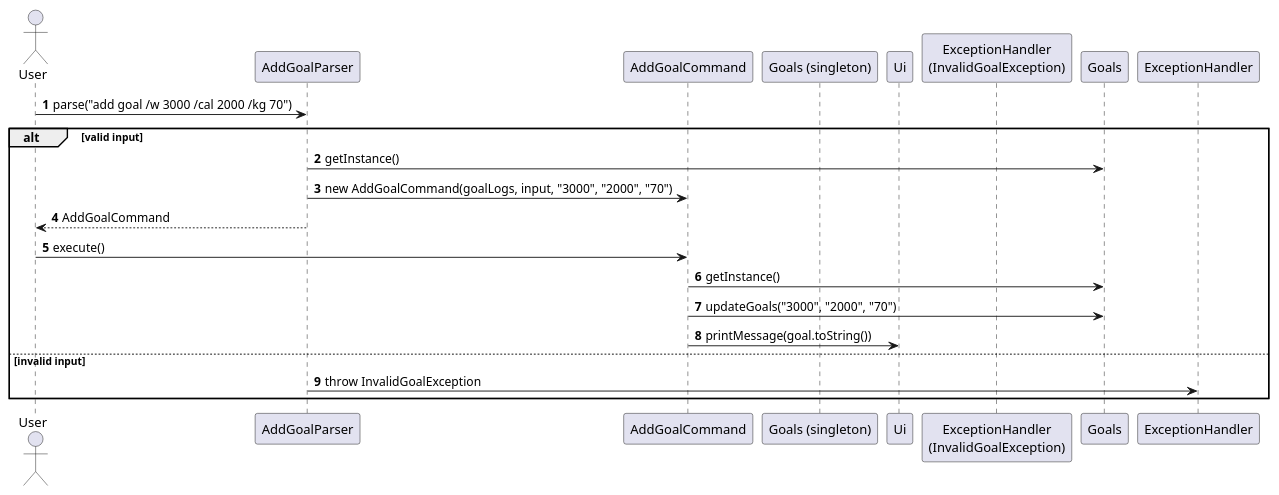
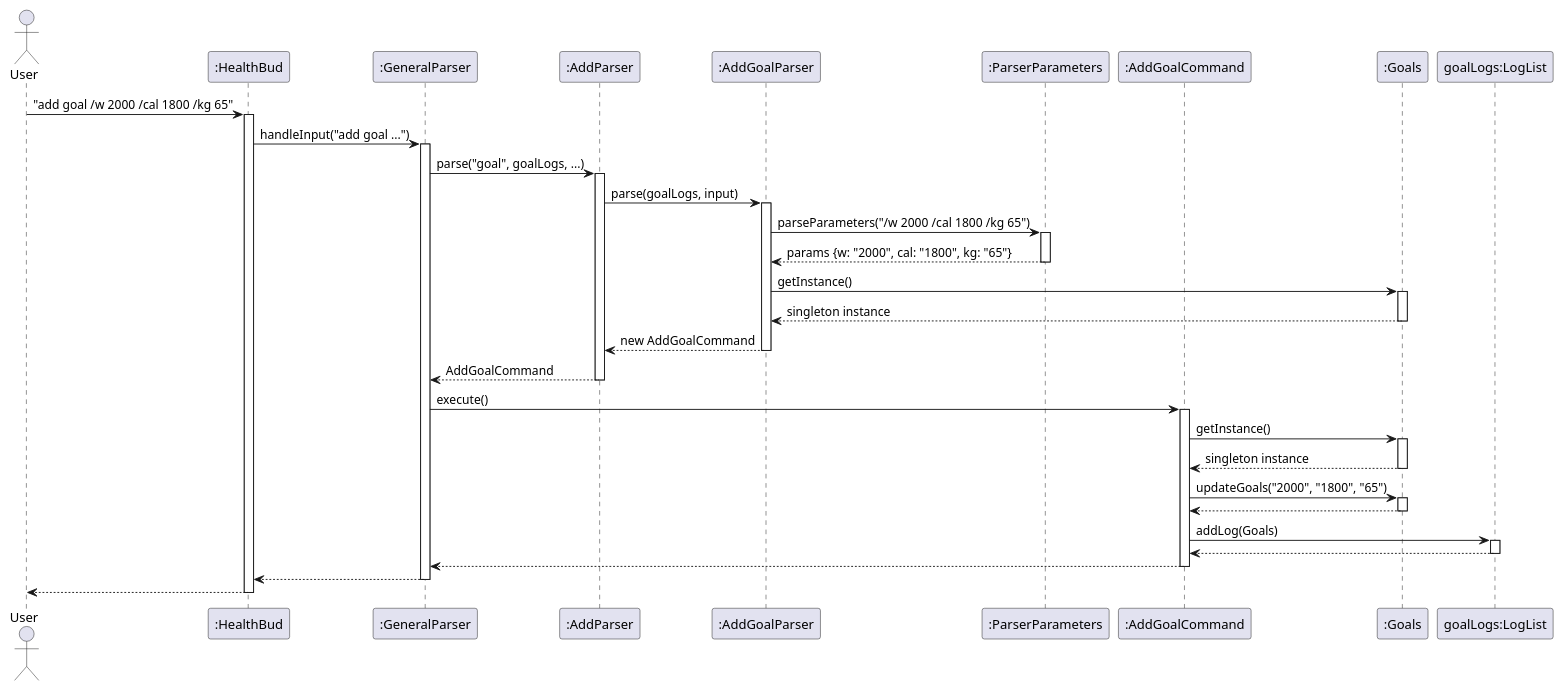
Before and after one commit to Jasonlobo21/tp: the diagram in docs/Diagrams/GoalSD.puml, drawn with PlantUML. The commit also changed other lines of this file and 4 other files, not shown here.

Commit message:
add SD diagram for goals and shortened the goals section

```diff
--- a/docs/Diagrams/GoalSD.puml
+++ b/docs/Diagrams/GoalSD.puml
@@ -2,27 +1,66 @@
 @startuml
-'autonumber for call numbering
-autonumber
+actor User
+participant ":HealthBud" as HealthBud
+participant ":GeneralParser" as GeneralParser
+participant ":AddParser" as AddParser
+participant ":AddGoalParser" as AddGoalParser
+participant ":ParserParameters" as ParserParameters
+participant ":AddGoalCommand" as AddGoalCommand
+participant ":Goals" as Goals
+participant "goalLogs:LogList" as LogList
 
-actor User
-participant "AddGoalParser" as Parser
-participant "AddGoalCommand"
-participant "Goals (singleton)"
-participant "Ui"
-participant "ExceptionHandler\n(InvalidGoalException)"
+User -> HealthBud : "add goal /w 2000 /cal 1800 /kg 65"
+activate HealthBud
 
-User -> Parser: parse("add goal /w 3000 /cal 2000 /kg 70")
+HealthBud -> GeneralParser : handleInput("add goal ...")
+activate GeneralParser
 
-alt valid input
-    Parser -> Goals: getInstance()
-    Parser -> AddGoalCommand: new AddGoalCommand(goalLogs, input, "3000", "2000", "70")
-    Parser --> User: AddGoalCommand
+GeneralParser -> AddParser : parse("goal", goalLogs, ...)
+activate AddParser
 
-    User -> AddGoalCommand: execute()
-    AddGoalCommand -> Goals: getInstance()
-    AddGoalCommand -> Goals: updateGoals("3000", "2000", "70")
-    AddGoalCommand -> Ui: printMessage(goal.toString())
-else invalid input
-    Parser -> ExceptionHandler: throw InvalidGoalException
-end
+AddParser -> AddGoalParser : parse(goalLogs, input)
+activate AddGoalParser
 
+AddGoalParser -> ParserParameters : parseParameters("/w 2000 /cal 1800 /kg 65")
+activate ParserParameters
+ParserParameters --> AddGoalParser : params {w: "2000", cal: "1800", kg: "65"}
+deactivate ParserParameters
+
+AddGoalParser -> Goals : getInstance()
+activate Goals
+Goals --> AddGoalParser : singleton instance
+deactivate Goals
+
+AddGoalParser --> AddParser : new AddGoalCommand
+deactivate AddGoalParser
+
+AddParser --> GeneralParser : AddGoalCommand
+deactivate AddParser
+
+GeneralParser -> AddGoalCommand : execute()
+activate AddGoalCommand
+
+AddGoalCommand -> Goals : getInstance()
+activate Goals
+Goals --> AddGoalCommand : singleton instance
+deactivate Goals
+
+AddGoalCommand -> Goals : updateGoals("2000", "1800", "65")
+activate Goals
+Goals --> AddGoalCommand
+deactivate Goals
+
+AddGoalCommand -> LogList : addLog(Goals)
+activate LogList
+LogList --> AddGoalCommand
+deactivate LogList
+
+AddGoalCommand --> GeneralParser
+deactivate AddGoalCommand
+
+GeneralParser --> HealthBud
+deactivate GeneralParser
+
+HealthBud --> User
+deactivate HealthBud
 @enduml
```
